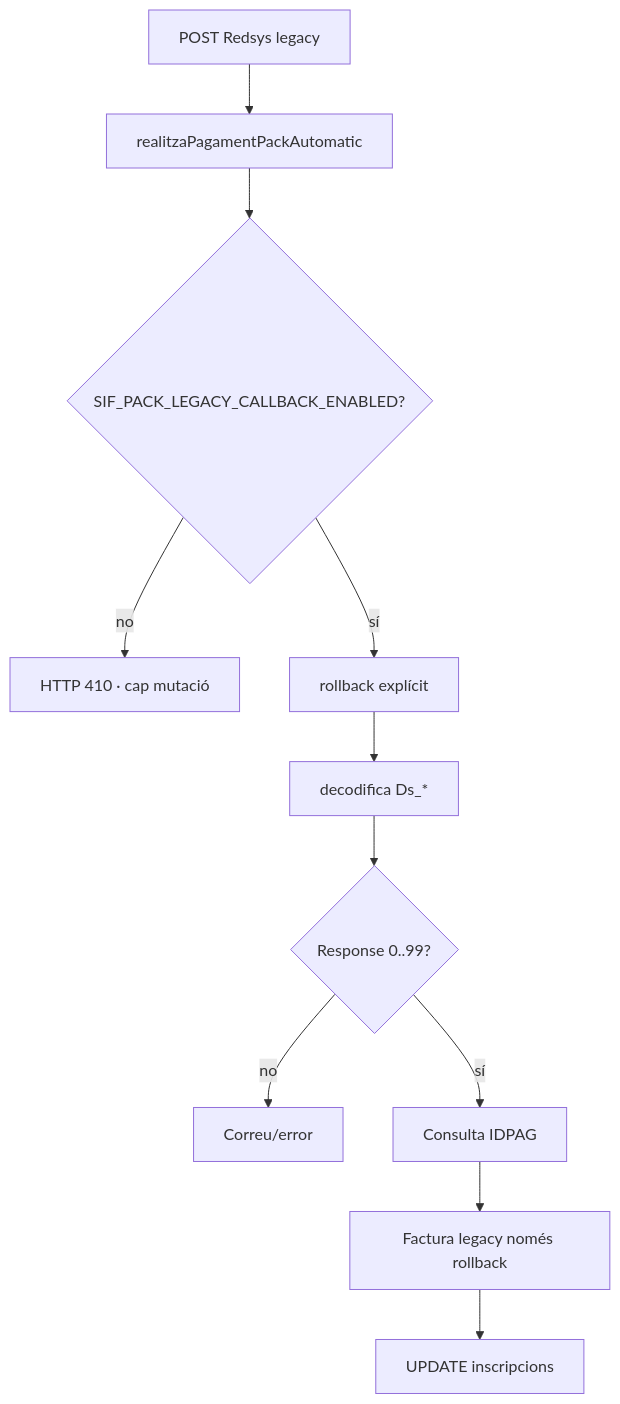
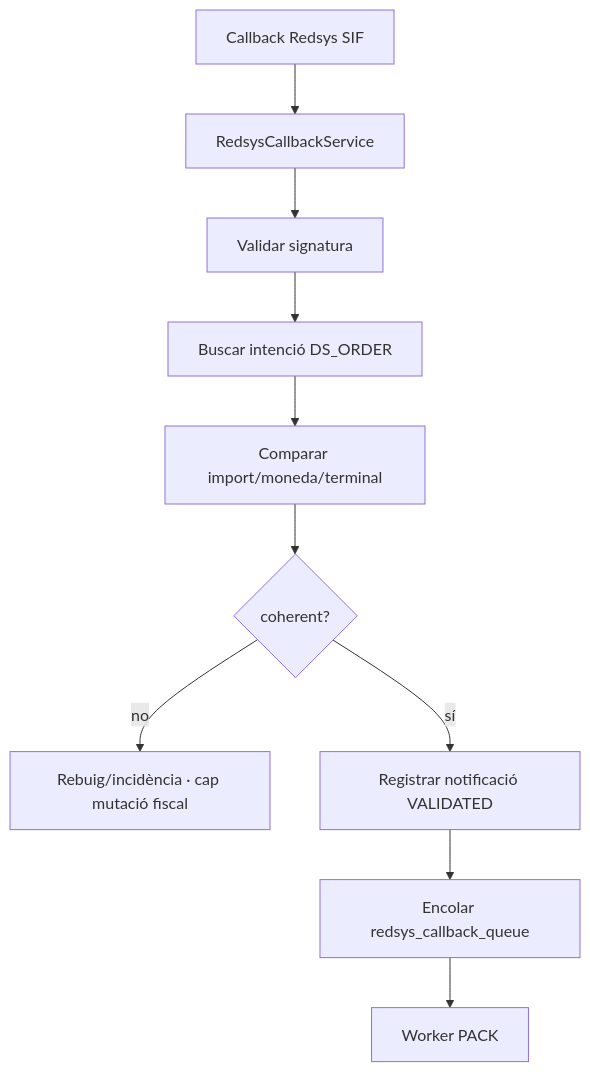
Diagram 11 of 20 in documentacio/07-uml-integrat/uc-015-activitats-pagines-pack-actual-final.md (orgmeriemprismacat-del/verifactu), drawn with Mermaid before and after one commit. The commit also changed other lines of this file, not shown here.

Commit message:
docs(UC-015): reconciliar activitats amb guard públic i callback SIF actual

````diff
--- a/documentacio/07-uml-integrat/uc-015-activitats-pagines-pack-actual-final.md
+++ b/documentacio/07-uml-integrat/uc-015-activitats-pagines-pack-actual-final.md
@@ -161,13 +169,12 @@
 ```mermaid
 flowchart TD
-A[POST Redsys legacy] --> B[realitzaPagamentPackAutomatic]
-B --> C{SIF_PACK_LEGACY_CALLBACK_ENABLED?}
-C -- no --> D[HTTP 410 · cap mutació]
-C -- sí --> E[rollback explícit]
-E --> F[decodifica Ds_*]
-F --> G{Response 0..99?}
-G -- no --> H[Correu/error]
-G -- sí --> I[Consulta IDPAG]
-I --> J[Factura legacy només rollback]
-J --> K[UPDATE inscripcions]
+A[Callback Redsys SIF] --> B[RedsysCallbackService]
+B --> C[Validar signatura]
+C --> D[Buscar intenció DS_ORDER]
+D --> E[Comparar import/moneda/terminal]
+E --> F{coherent?}
+F -- no --> G[Rebuig/incidència · cap mutació fiscal]
+F -- sí --> H[Registrar notificació VALIDATED]
+H --> I[Encolar redsys_callback_queue]
+I --> J[Worker PACK]
 ```
````
